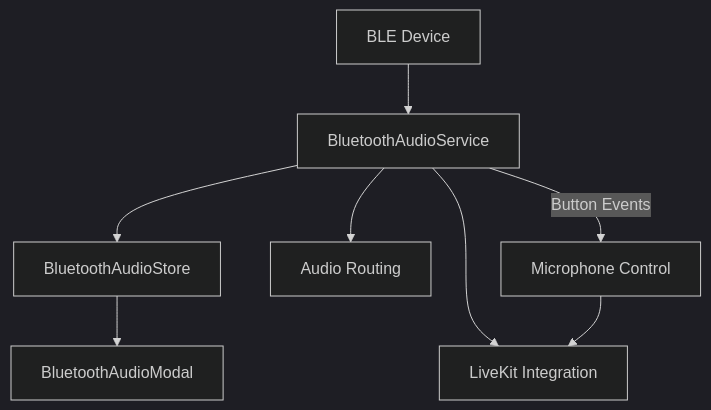
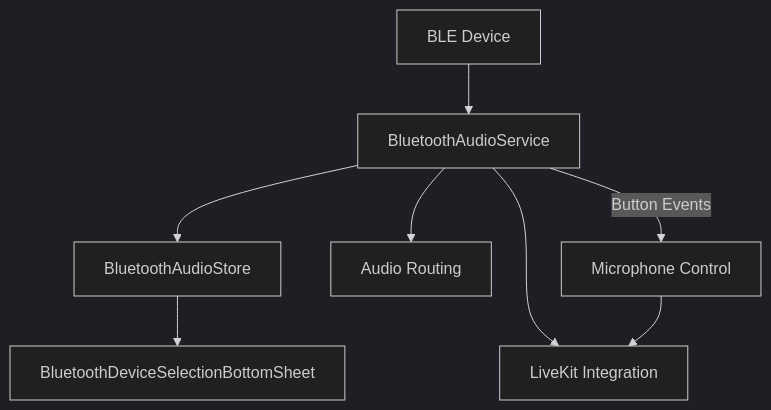
The diagram in docs/bluetooth-audio-integration.md (Resgrid/Unit), drawn with Mermaid (dark theme) before and after one commit. The commit also changed other lines of this file and 85 other files, not shown here.

````diff
--- a/docs/bluetooth-audio-integration.md
+++ b/docs/bluetooth-audio-integration.md
@@ -35,11 +34,11 @@
 ```mermaid
 graph TD
     A[BluetoothAudioService] --> B[BluetoothAudioStore]
-    B --> C[BluetoothAudioModal]
+    B --> C[BluetoothDeviceSelectionBottomSheet]
     A --> D[LiveKit Integration]
     E[BLE Device] --> A
     A --> F[Audio Routing]
 
     A --> |Button Events| G[Microphone Control]
     G --> D
 ```
````
